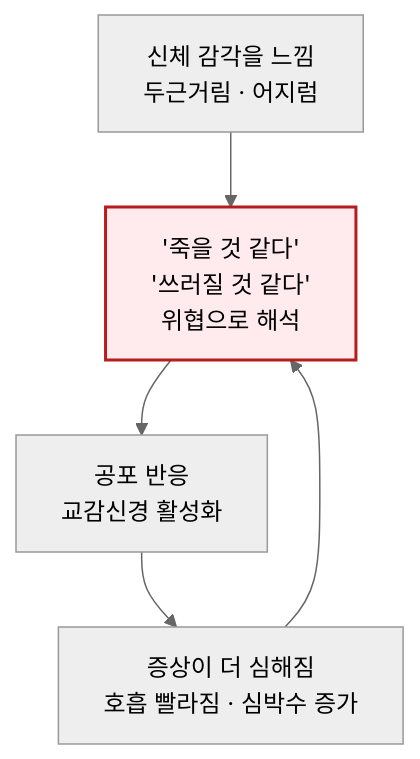
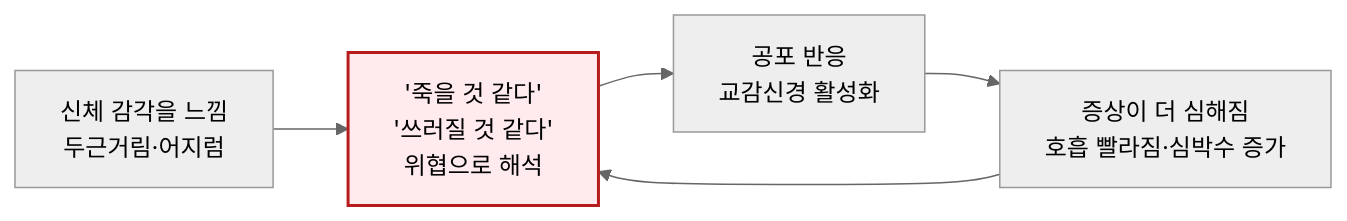
The second of 2 diagrams in 221_/026_-panic-disorder.md (familyoh77/familyoh77), drawn with Mermaid (neutral theme) before and after one commit. The commit also changed other lines of this file and 1 other file, not shown here.

````diff
--- a/221_/026_-panic-disorder.md
+++ b/221_/026_-panic-disorder.md
@@ -409,8 +496,8 @@
 ```mermaid
-graph TD
-    A["신체 감각을 느낌<br/>두근거림 · 어지럼"] --> B["'죽을 것 같다'<br/>'쓰러질 것 같다'<br/>위협으로 해석"]
+graph LR
+    A["신체 감각을 느낌<br/>두근거림·어지럼"] --> B["'죽을 것 같다'<br/>'쓰러질 것 같다'<br/>위협으로 해석"]
     B --> C["공포 반응<br/>교감신경 활성화"]
-    C --> D["증상이 더 심해짐<br/>호흡 빨라짐 · 심박수 증가"]
+    C --> D["증상이 더 심해짐<br/>호흡 빨라짐·심박수 증가"]
     D --> B
     style B fill:#ffebee,stroke:#b71c1c,stroke-width:2px
 ```
````
